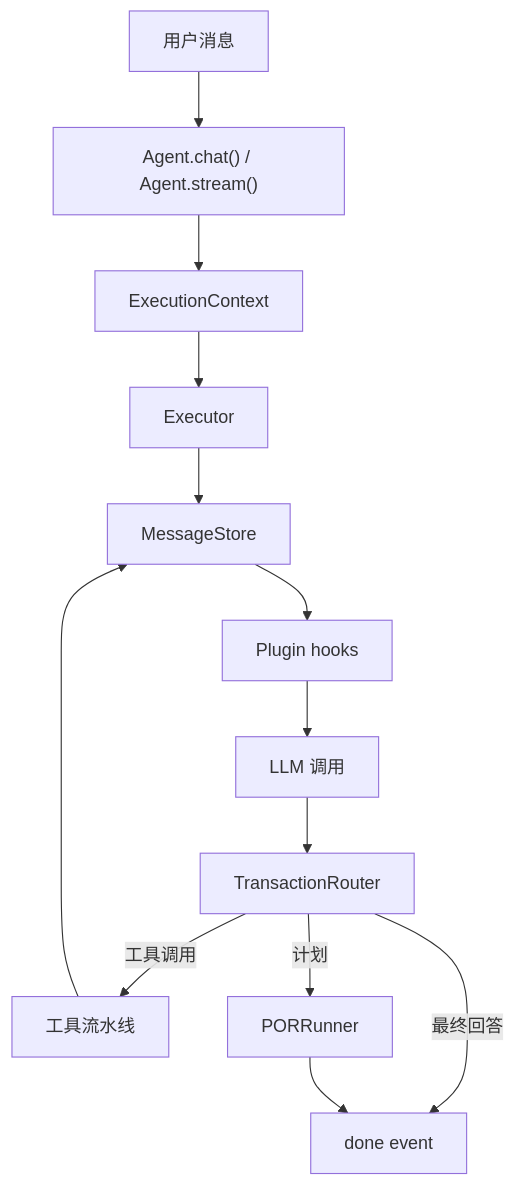
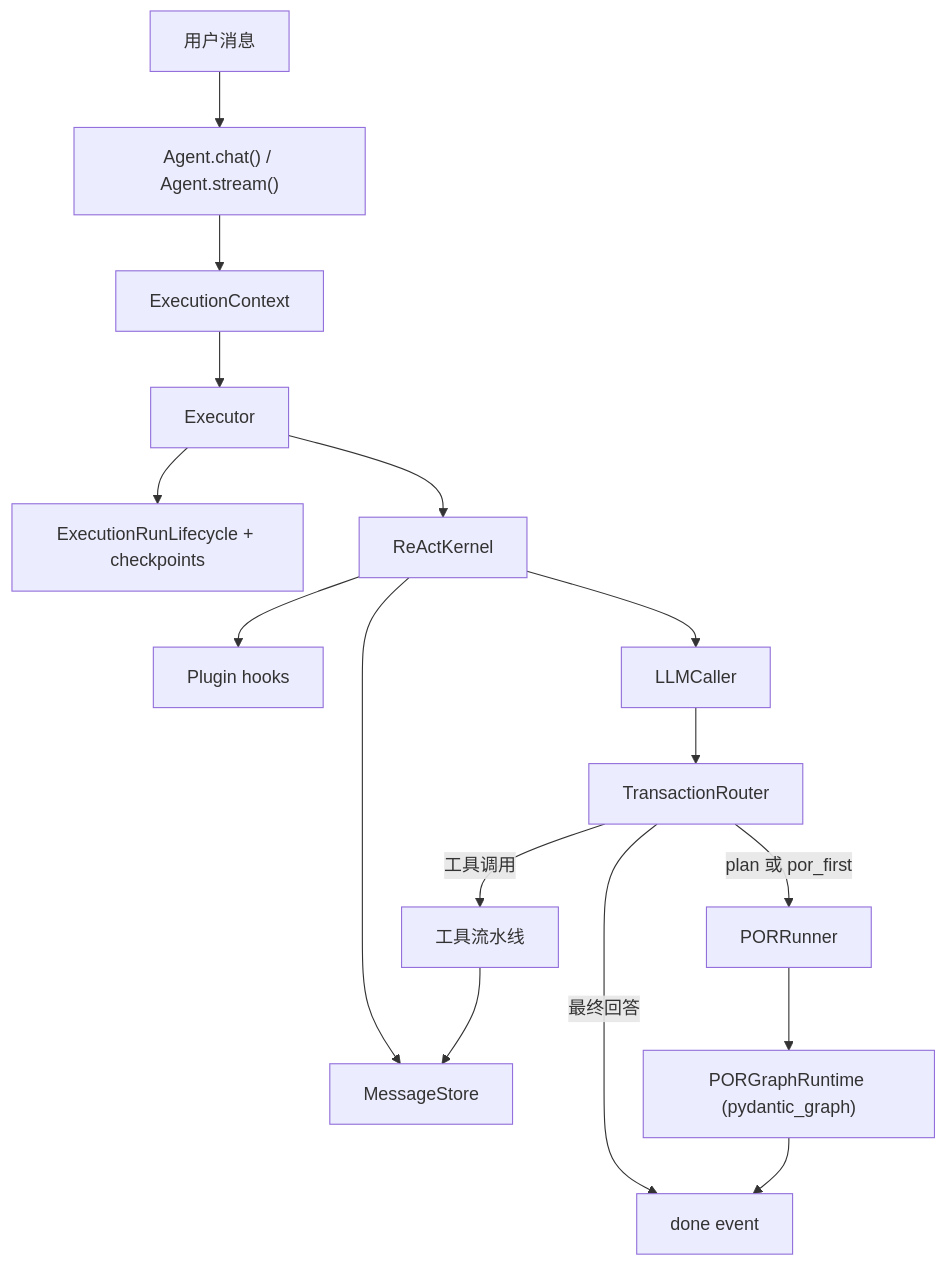
The second of 2 diagrams in README.zh-CN.md (axclogo/AxcAgentEngine), drawn with Mermaid before and after one commit. The commit also changed other lines of this file and 216 other files, not shown here.

````diff
--- a/README.zh-CN.md
+++ b/README.zh-CN.md
@@ -291,15 +300,18 @@
 ```mermaid
 flowchart TD
     A["用户消息"] --> B["Agent.chat() / Agent.stream()"]
     B --> C["ExecutionContext"]
     C --> D["Executor"]
-    D --> E["MessageStore"]
-    E --> F["Plugin hooks"]
-    F --> G["LLM 调用"]
-    G --> H["TransactionRouter"]
-    H -->|最终回答| I["done event"]
-    H -->|工具调用| J["工具流水线"]
-    J --> E
-    H -->|计划| K["PORRunner"]
-    K --> I
+    D --> E["ExecutionRunLifecycle + checkpoints"]
+    D --> F["ReActKernel"]
+    F --> G["MessageStore"]
+    F --> H["Plugin hooks"]
+    F --> I["LLMCaller"]
+    I --> J["TransactionRouter"]
+    J -->|最终回答| K["done event"]
+    J -->|工具调用| L["工具流水线"]
+    L --> G
+    J -->|plan 或 por_first| M["PORRunner"]
+    M --> N["PORGraphRuntime (pydantic_graph)"]
+    N --> K
 ```
````
